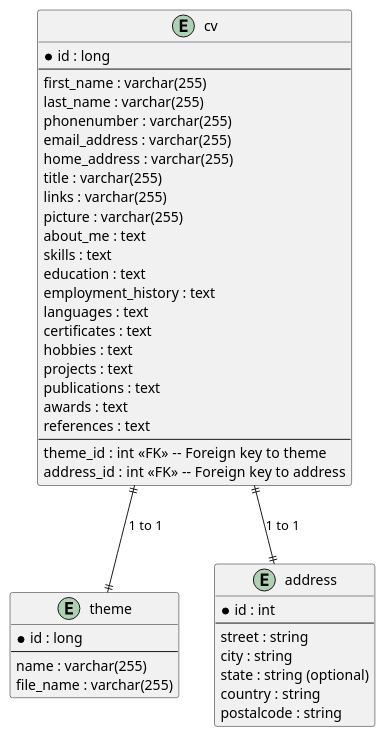
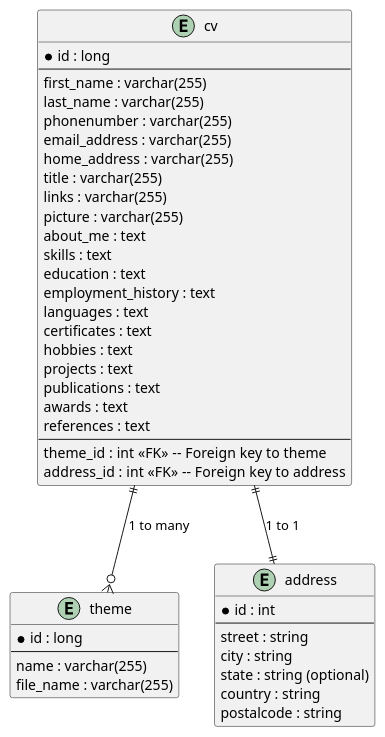
Before and after one commit to DevYouriD/GremlinEngine: the diagram in documentation/diagrams/ERD.plantuml, drawn with PlantUML. The commit also changed 25 other files, not shown here.

```diff
--- a/documentation/diagrams/ERD.plantuml
+++ b/documentation/diagrams/ERD.plantuml
@@ -1,50 +1,50 @@
 @startuml
 
 entity cv {
     *id : long
     --
     first_name : varchar(255)
     last_name : varchar(255)
     phonenumber : varchar(255)
     email_address : varchar(255)
     home_address : varchar(255)
     title : varchar(255)
     links : varchar(255)
     picture : varchar(255)
     about_me : text
     skills : text
     education : text
     employment_history : text
     languages : text
     certificates : text
     hobbies : text
     projects : text
     publications : text
     awards : text
     references : text
     --
     theme_id : int <<FK>>  -- Foreign key to theme
     address_id : int <<FK>>  -- Foreign key to address
 }
 
 entity theme {
     *id : long
     --
     name : varchar(255)
     file_name : varchar(255)
 }
 
 entity address {
     *id : int
     --
     street : string
     city : string
     state : string (optional)
     country : string
     postalcode : string
 }
 
-cv ||--|| theme : "1 to 1"
+cv ||--o{ theme : "1 to many"
 cv ||--|| address : "1 to 1"
 
 @enduml
```
